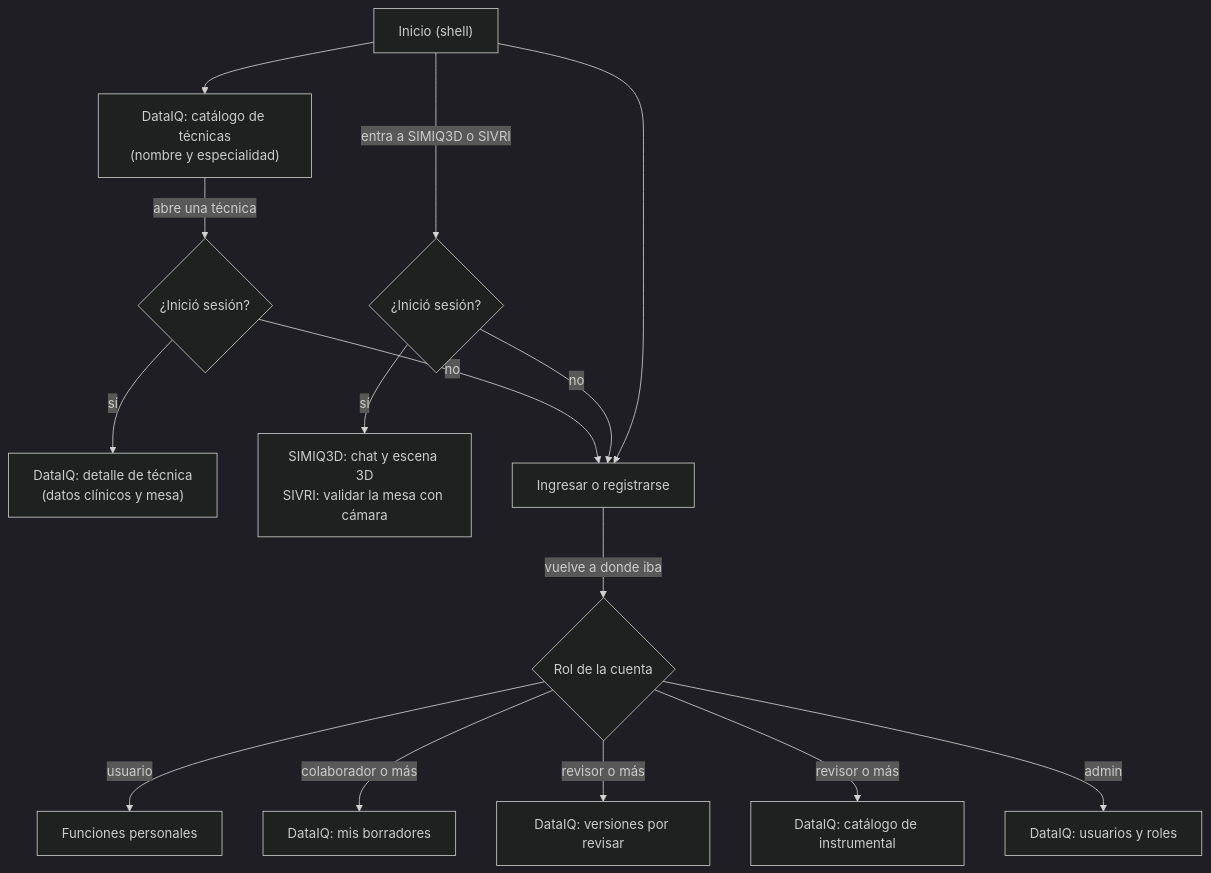
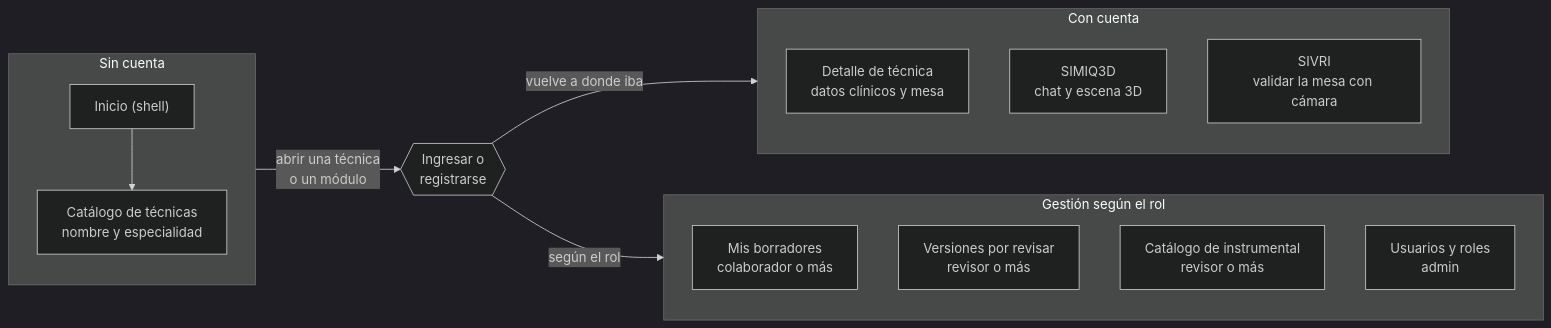
Before and after one commit to curn-iq/iq-platform: the second of 5 diagrams in docs/flujos.md, drawn with Mermaid (dark theme). The commit also changed other lines of this file, not shown here.

Commit message:
docs: ordenar el diagrama de navegación y enlazar la versión visual
La navegación queda en cuatro bloques: sin cuenta, ingreso, con cuenta y gestión según el rol.

````diff
--- a/docs/flujos.md
+++ b/docs/flujos.md
@@ -44,20 +49,28 @@
 ```mermaid
-flowchart TD
-    Inicio["Inicio (shell)"]
-    Inicio --> Catalogo["DataIQ: catálogo de técnicas<br/>(nombre y especialidad)"]
-    Catalogo -->|abre una técnica| P1{"¿Inició sesión?"}
-    Inicio -->|entra a SIMIQ3D o SIVRI| P2{"¿Inició sesión?"}
+flowchart LR
+    subgraph Publico["Sin cuenta"]
+        direction TB
+        Inicio["Inicio (shell)"] --> Catalogo["Catálogo de técnicas<br/>nombre y especialidad"]
+    end
 
-    P1 -->|sí| Detalle["DataIQ: detalle de técnica<br/>(datos clínicos y mesa)"]
-    P2 -->|sí| Modulos["SIMIQ3D: chat y escena 3D<br/>SIVRI: validar la mesa con cámara"]
-    P1 -->|no| Ingreso["Ingresar o registrarse"]
-    P2 -->|no| Ingreso
-    Inicio --> Ingreso
-    Ingreso -->|vuelve a donde iba| Rol{"Rol de la cuenta"}
+    Puerta{{"Ingresar o<br/>registrarse"}}
 
-    Rol -->|usuario| Personal["Funciones personales"]
-    Rol -->|"colaborador o más"| Borradores["DataIQ: mis borradores"]
-    Rol -->|"revisor o más"| Revision["DataIQ: versiones por revisar"]
-    Rol -->|"revisor o más"| Instrumental["DataIQ: catálogo de instrumental"]
-    Rol -->|admin| Usuarios["DataIQ: usuarios y roles"]
+    subgraph Cuenta["Con cuenta"]
+        direction TB
+        Detalle["Detalle de técnica<br/>datos clínicos y mesa"]
+        SIMIQ3D["SIMIQ3D<br/>chat y escena 3D"]
+        SIVRI["SIVRI<br/>validar la mesa con cámara"]
+    end
+
+    subgraph Gestion["Gestión según el rol"]
+        direction TB
+        Borradores["Mis borradores<br/>colaborador o más"]
+        Revision["Versiones por revisar<br/>revisor o más"]
+        Instrumental["Catálogo de instrumental<br/>revisor o más"]
+        Usuarios["Usuarios y roles<br/>admin"]
+    end
+
+    Publico -->|abrir una técnica<br/>o un módulo| Puerta
+    Puerta -->|vuelve a donde iba| Cuenta
+    Puerta -->|según el rol| Gestion
 ```
````
